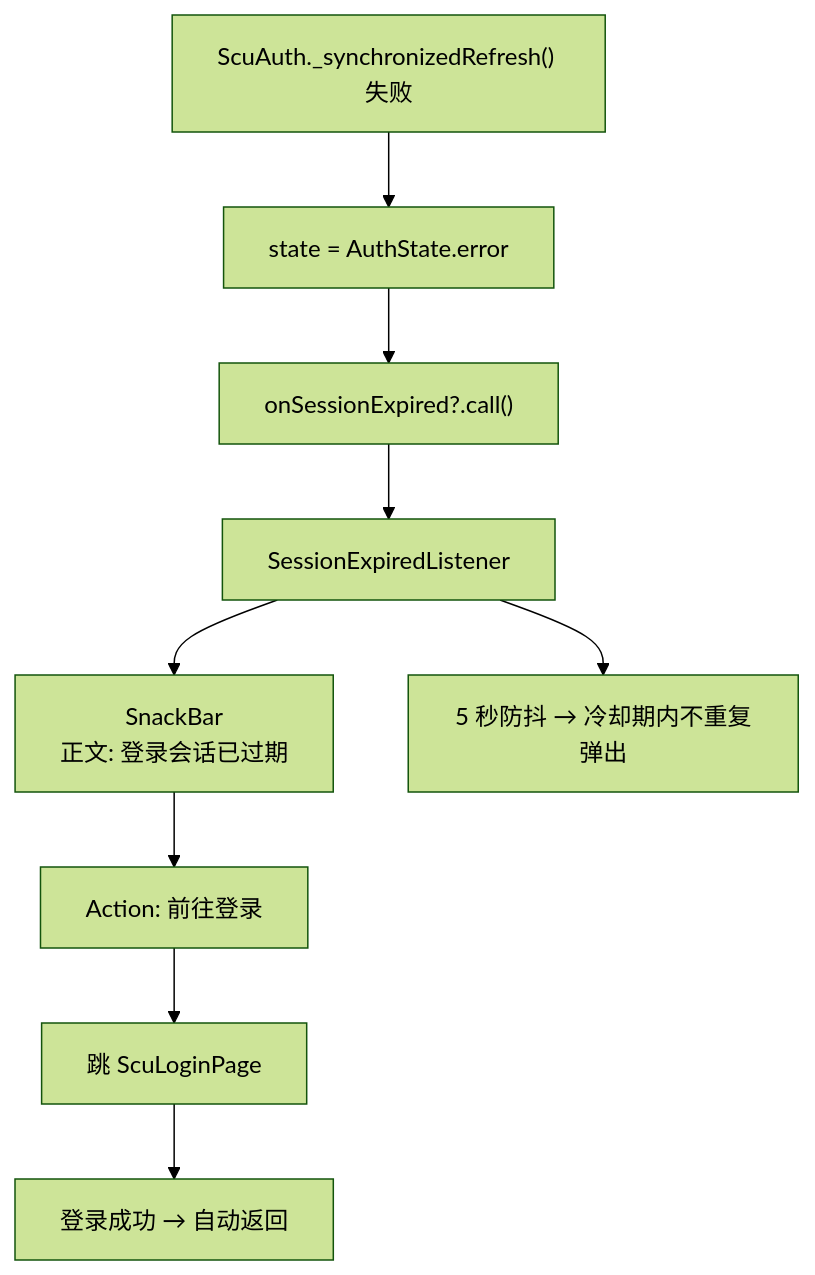
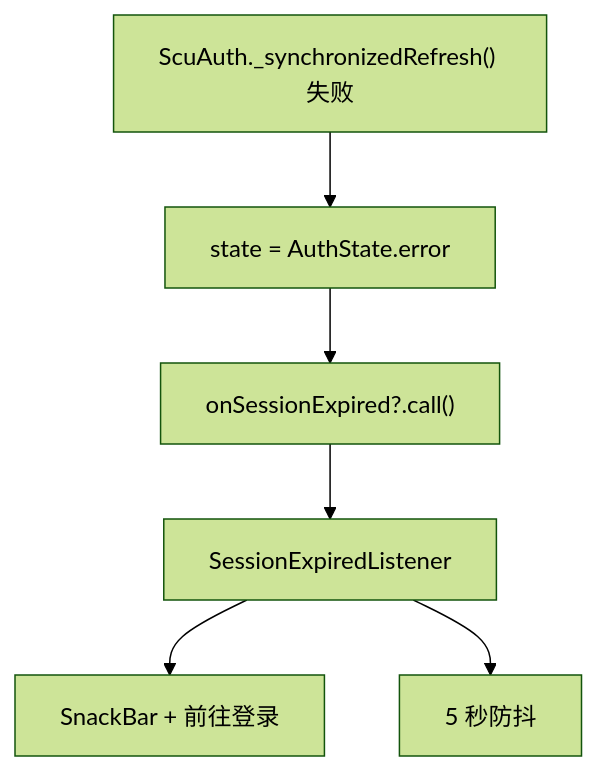
One commit to oldplum/Bugaoshan changed the seventh of 8 diagrams in docs/decisions/auth-architecture.md. Above: the diagram before and after it, drawn with Mermaid (forest theme). The commit also changed other lines of this file, not shown here.

Commit message:
docs: rewrite auth-architecture.md with reactive notification chain

````diff
--- a/docs/decisions/auth-architecture.md
+++ b/docs/decisions/auth-architecture.md
@@ -152,11 +230,8 @@
 ```mermaid
 graph TD
     A["ScuAuth._synchronizedRefresh() 失败"] --> B["state = AuthState.error"]
     B --> C["onSessionExpired?.call()"]
     C --> D["SessionExpiredListener"]
-    D --> D1["SnackBar<br/>正文: 登录会话已过期"]
-    D1 --> D2["Action: 前往登录"]
-    D2 --> D3["跳 ScuLoginPage"]
-    D3 --> D4["登录成功 → 自动返回"]
-    D --> D5["5 秒防抖 → 冷却期内不重复弹出"]
+    D --> D1["SnackBar + 前往登录"]
+    D --> D2["5 秒防抖"]
 ```
````
